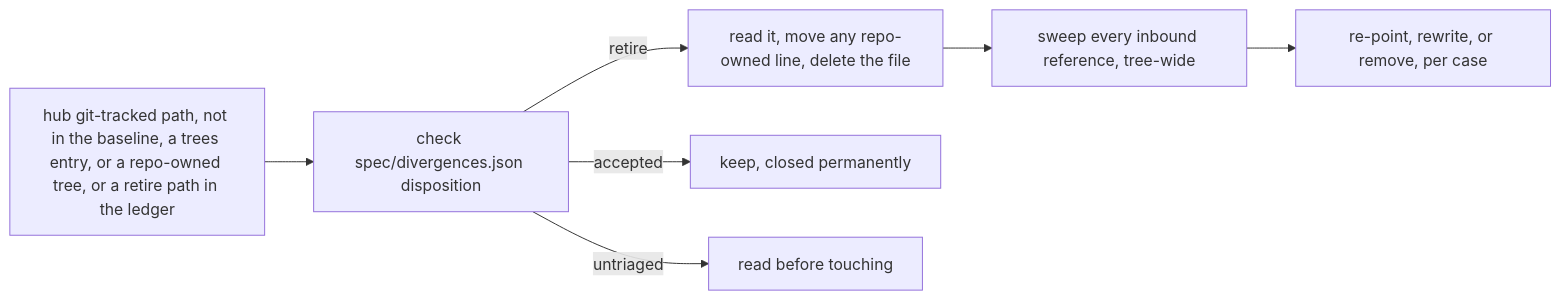
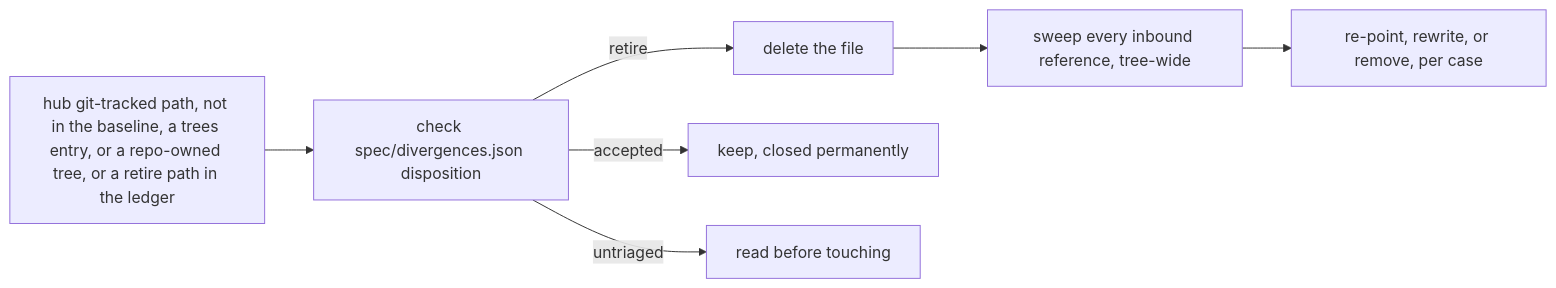
The second of 2 diagrams in RESYNC.md (ptr727/ProjectTemplate), drawn with Mermaid before and after one commit. The commit also changed other lines of this file and 5 other files, not shown here.

````diff
--- a/RESYNC.md
+++ b/RESYNC.md
@@ -94,9 +94,9 @@
 ```mermaid
 flowchart LR
   candidate["hub git-tracked path, not in the baseline, a trees entry, or a repo-owned tree, or a retire path in the ledger"] --> disp["check spec/divergences.json disposition"]
-  disp -->|"retire"| delete["read it, move any repo-owned line, delete the file"]
+  disp -->|"retire"| delete["delete the file"]
   disp -->|"accepted"| keep["keep, closed permanently"]
   disp -->|"untriaged"| read["read before touching"]
   delete --> sweep["sweep every inbound reference, tree-wide"]
   sweep --> fix["re-point, rewrite, or remove, per case"]
 ```
````
